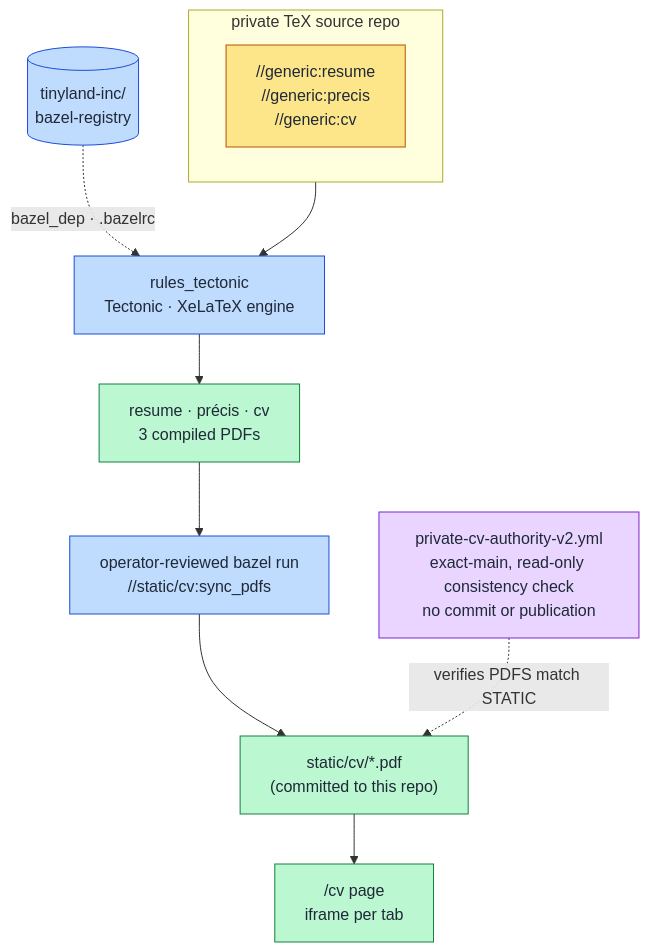
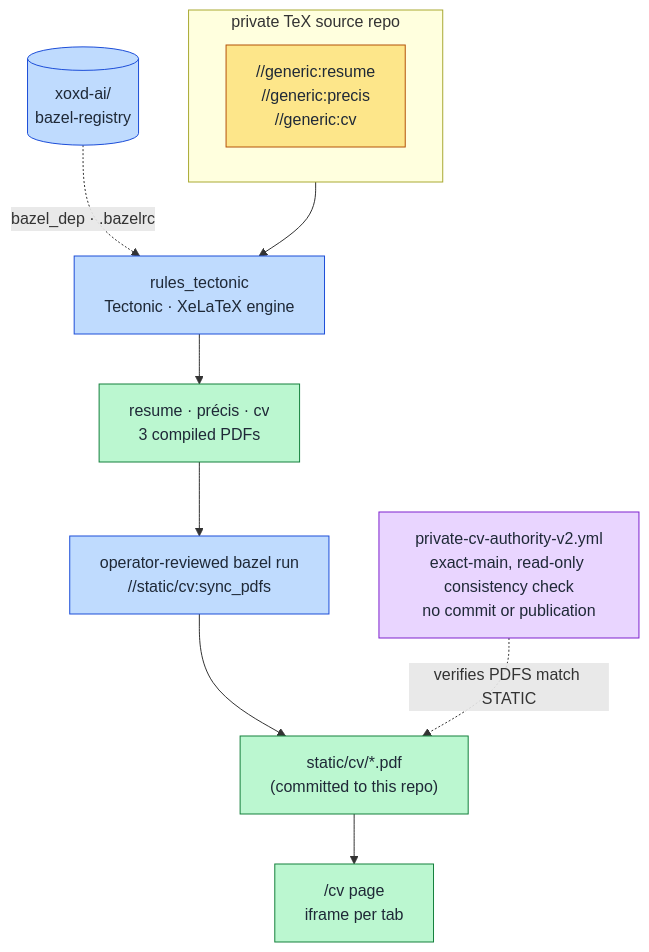
The diagram in static/cv/build-flow.mmd (Jesssullivan/jesssullivan.github.io), drawn with Mermaid before and after one commit. The commit also changed 2 other files, not shown here.

Commit message:
posts, cv: point moved tinyland-inc repos at xoxd-ai (R55)
gh api repos/tinyland-inc/<name> resolves linux-xr -> xoxd-ai/linux-xr and
bazel-registry -> xoxd-ai/bazel-registry. The 2026-04-25 host-probes post
links linux-xr at its new home; the /cv build-flow diagram labels the
registry xoxd-ai/bazel-registry. build-flow.svg is regenerated with
`mmdc -b transparent` from the .mmd (that command reproduces the previous
committed SVG byte for byte, so only the label changes).

```diff
--- a/static/cv/build-flow.mmd
+++ b/static/cv/build-flow.mmd
@@ -1,30 +1,30 @@
 flowchart TD
   subgraph SPEAR["private TeX source repo"]
     direction LR
     GEN["//generic:resume<br/>//generic:precis<br/>//generic:cv"]
   end
-  REG[("tinyland-inc/<br/>bazel-registry")]
+  REG[("xoxd-ai/<br/>bazel-registry")]
   RT["rules_tectonic<br/>Tectonic · XeLaTeX engine"]
   PDFS["resume · précis · cv<br/>3 compiled PDFs"]
   SYNC["operator-reviewed bazel run<br/>//static/cv:sync_pdfs"]
   STATIC["static/cv/*.pdf<br/>(committed to this repo)"]
   PAGE["/cv page<br/>iframe per tab"]
 
   GEN --> RT
   REG -. "bazel_dep · .bazelrc" .-> RT
   RT --> PDFS
   PDFS --> SYNC
   SYNC --> STATIC
   STATIC --> PAGE
 
   CI["private-cv-authority-v2.yml<br/>exact-main, read-only consistency check<br/>no commit or publication"]
   CI -. verifies PDFS match STATIC .-> STATIC
 
   classDef priv fill:#fde68a,stroke:#b45309,color:#1f2937;
   classDef bz fill:#bfdbfe,stroke:#1d4ed8,color:#1f2937;
   classDef out fill:#bbf7d0,stroke:#15803d,color:#1f2937;
   classDef ci fill:#e9d5ff,stroke:#7e22ce,color:#1f2937;
   class GEN priv;
   class RT,REG,SYNC bz;
   class PDFS,STATIC,PAGE out;
   class CI ci;
```
